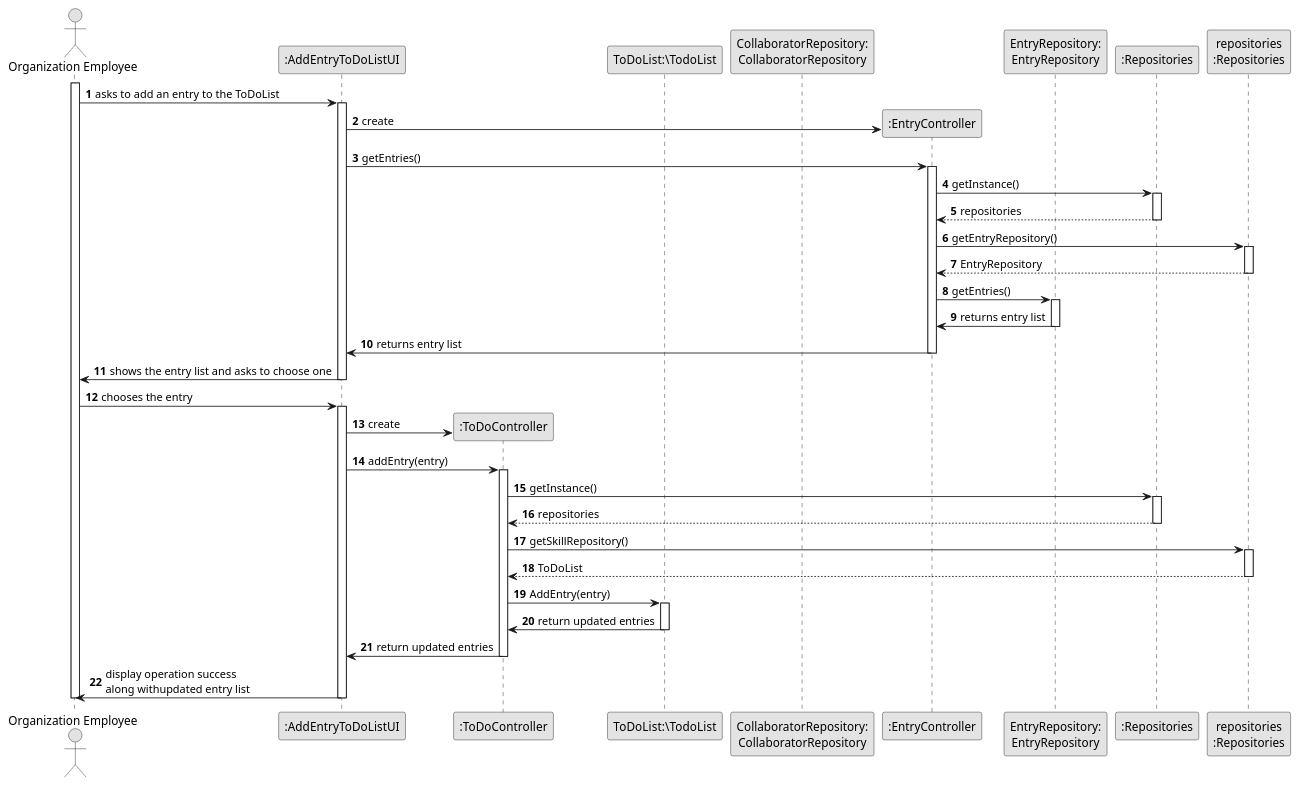
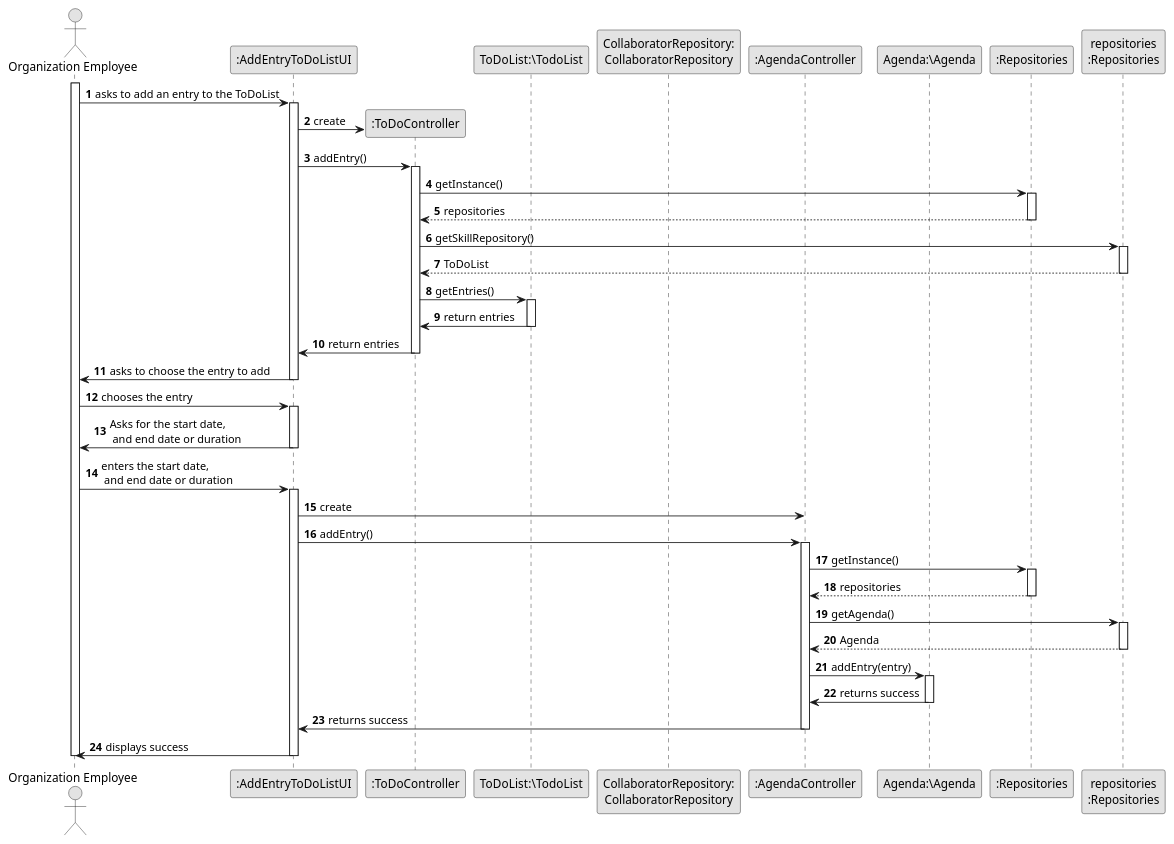
One commit to RicardoMorim/lapr2-ISEP-Project changed the diagram in docs/sprintC/us022/03.design/puml/us022-sequence-diagram-full.puml. Above: the diagram before and after it, drawn with PlantUML. The commit also changed 7 other files, not shown here.

```diff
--- a/docs/sprintC/us022/03.design/puml/us022-sequence-diagram-full.puml
+++ b/docs/sprintC/us022/03.design/puml/us022-sequence-diagram-full.puml
@@ -1,76 +1,85 @@
 @startuml
 skinparam monochrome true
 skinparam packageStyle rectangle
 skinparam shadowing false
 
 autonumber
 
 'hide footbox
 actor "Organization Employee" as ADM
 participant ":AddEntryToDoListUI" as UI
 participant ":ToDoController" as ToDoCTRL
 participant "ToDoList:\TodoList" as ToDoList
 participant "CollaboratorRepository:\nCollaboratorRepository" as CollaboratorRepository
-participant ":EntryController" as EntryCTRL
-participant "EntryRepository:\nEntryRepository" as EntryRepository
+participant ":AgendaController" as EntryCTRL
+participant "Agenda:\Agenda" as EntryRepository
 
 participant ":Repositories" as RepositorySingleton
 participant "repositories\n:Repositories" as PLAT
 
 activate ADM
     ADM -> UI : asks to add an entry to the ToDoList
     activate UI
-    UI -> EntryCTRL ** : create
-       UI -> EntryCTRL: getEntries()
+
+               UI -> ToDoCTRL** : create
+               UI -> ToDoCTRL : addEntry()
+               activate ToDoCTRL
+               ToDoCTRL -> RepositorySingleton : getInstance()
+                    activate RepositorySingleton
+
+                         RepositorySingleton --> ToDoCTRL: repositories
+                    deactivate RepositorySingleton
+                   ToDoCTRL -> PLAT : getSkillRepository()
+                   activate PLAT
+                   PLAT --> ToDoCTRL: ToDoList
+                   deactivate PLAT
+                   ToDoCTRL -> ToDoList: getEntries()
+                   activate ToDoList
+                       ToDoList -> ToDoCTRL: return entries
+                   deactivate ToDoList
+
+                   ToDoCTRL -> UI: return entries
+                   deactivate ToDoCTRL
+
+                UI -> ADM: asks to choose the entry to add
+           deactivate UI
+
+              ADM -> UI : chooses the entry
+                activate UI
+                UI -> ADM: Asks for the start date,\n and end date or duration
+            deactivate UI
+
+            ADM -> UI : enters the start date,\n and end date or duration
+            activate UI
+
+       UI -> EntryCTRL: create
+       UI -> EntryCTRL : addEntry()
        activate EntryCTRL
                        EntryCTRL -> RepositorySingleton : getInstance()
                        activate RepositorySingleton
 
                            RepositorySingleton --> EntryCTRL: repositories
                        deactivate RepositorySingleton
 
-                       EntryCTRL -> PLAT : getEntryRepository()
+                       EntryCTRL -> PLAT : getAgenda()
                        activate PLAT
 
-                           PLAT --> EntryCTRL: EntryRepository
+                           PLAT --> EntryCTRL: Agenda
                        deactivate PLAT
 
 
 
-                       EntryCTRL -> EntryRepository : getEntries()
+                       EntryCTRL -> EntryRepository : addEntry(entry)
                        activate EntryRepository
 
-                    EntryRepository -> EntryCTRL: returns entry list
+                    EntryRepository -> EntryCTRL: returns success
                 deactivate EntryRepository
-           EntryCTRL -> UI: returns entry list
+           EntryCTRL -> UI: returns success
        deactivate EntryCTRL
-       UI -> ADM: shows the entry list and asks to choose one
+       UI -> ADM: displays success
     deactivate UI
-    ADM -> UI : chooses the entry
 
-    activate UI
-        UI -> ToDoCTRL** : create
-        UI -> ToDoCTRL : addEntry(entry)
-        activate ToDoCTRL
-        ToDoCTRL -> RepositorySingleton : getInstance()
-             activate RepositorySingleton
 
-                  RepositorySingleton --> ToDoCTRL: repositories
-             deactivate RepositorySingleton
-            ToDoCTRL -> PLAT : getSkillRepository()
-            activate PLAT
-            PLAT --> ToDoCTRL: ToDoList
-            deactivate PLAT
-            ToDoCTRL -> ToDoList: AddEntry(entry)
-            activate ToDoList
-                ToDoList -> ToDoCTRL: return updated entries
-            deactivate ToDoList
-
-            ToDoCTRL -> UI: return updated entries
-            deactivate ToDoCTRL
-
-        UI -> ADM: display operation success\nalong withupdated entry list
-    deactivate UI
 deactivate ADM
 
 @enduml
```
